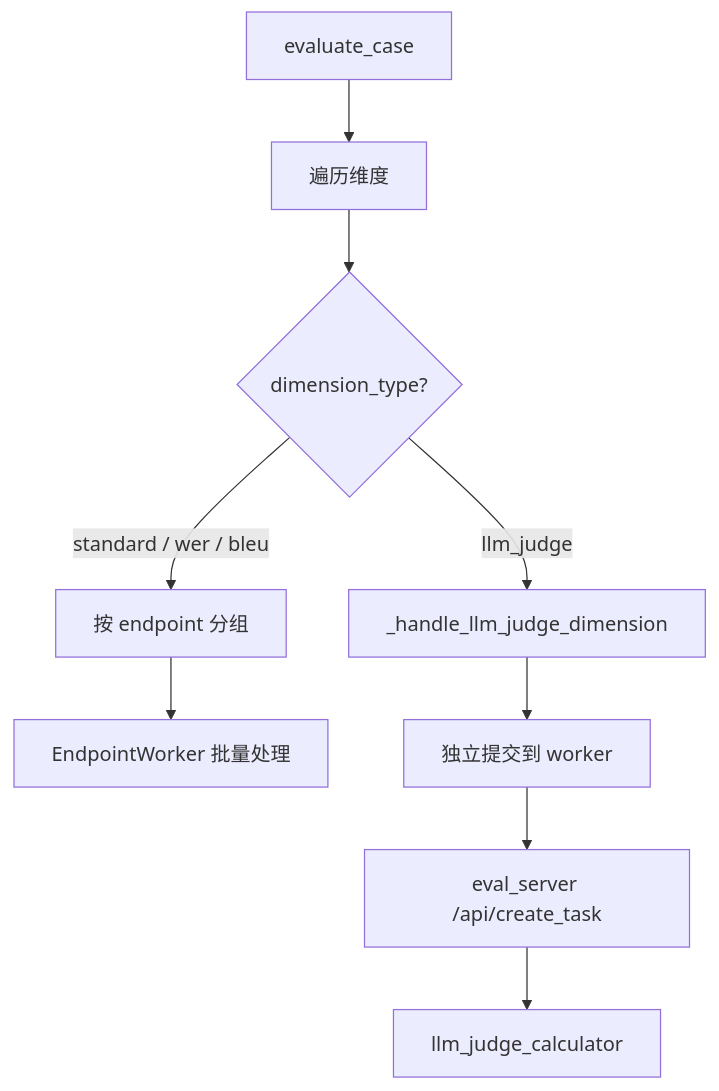
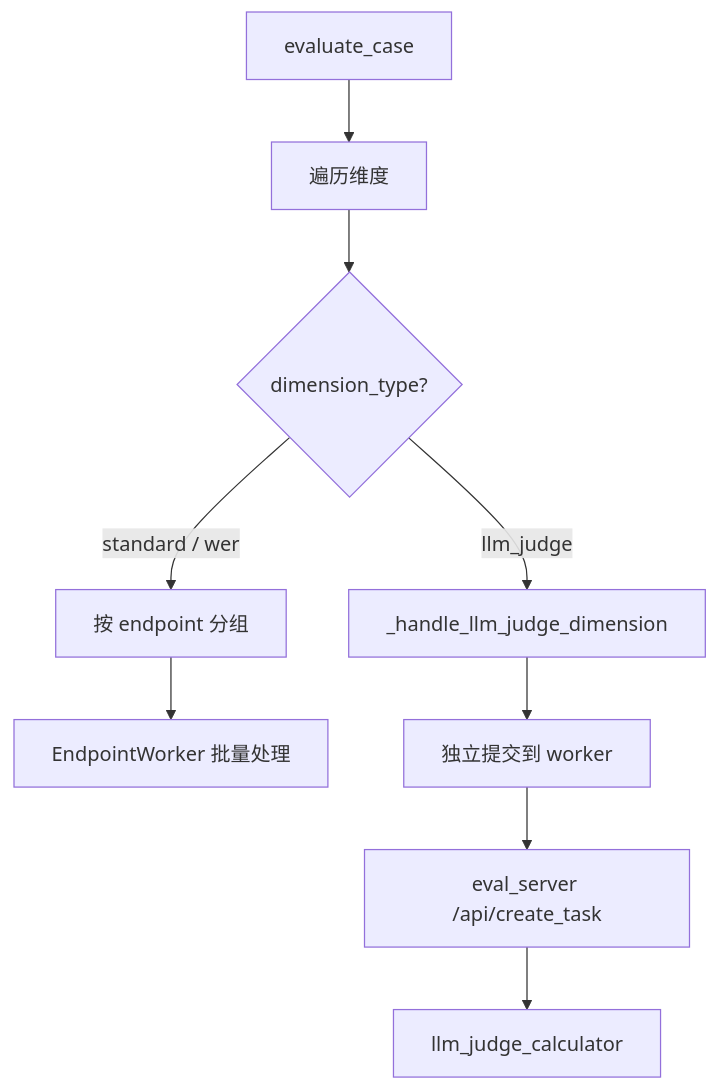
The diagram in Intelligent-Audio-TEST/doc/voice_llm/04_执行测试/backend/24_evaluation_service_llm_judge分发.md (ydz-auto/intelligent_audio_test), drawn with Mermaid before and after one commit. The commit also changed 244 other files, not shown here.

````diff
--- a/Intelligent-Audio-TEST/doc/voice_llm/04_执行测试/backend/24_evaluation_service_llm_judge分发.md
+++ b/Intelligent-Audio-TEST/doc/voice_llm/04_执行测试/backend/24_evaluation_service_llm_judge分发.md
@@ -89,11 +89,11 @@
 ```mermaid
 graph TD
     A[evaluate_case] --> B[遍历维度]
     B --> C{dimension_type?}
-    C -->|standard / wer / bleu| D[按 endpoint 分组]
+    C -->|standard / wer| D[按 endpoint 分组]
     D --> E[EndpointWorker 批量处理]
     C -->|llm_judge| F[_handle_llm_judge_dimension]
     F --> G[独立提交到 worker]
     G --> H[eval_server /api/create_task]
     H --> I[llm_judge_calculator]
 ```
````
